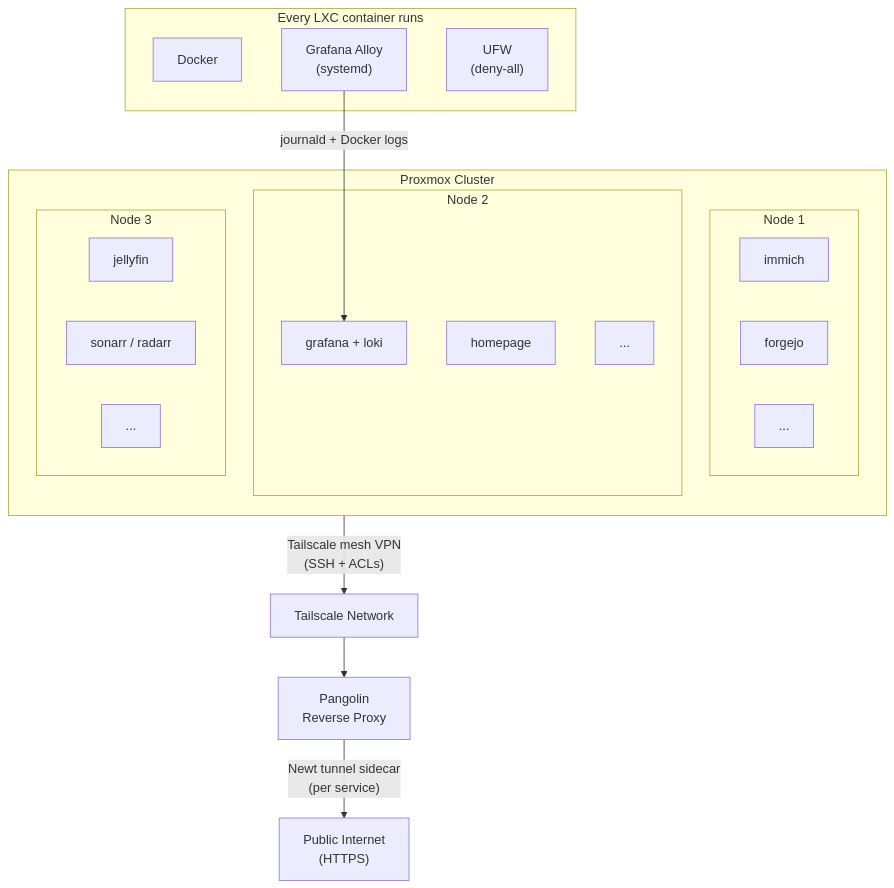
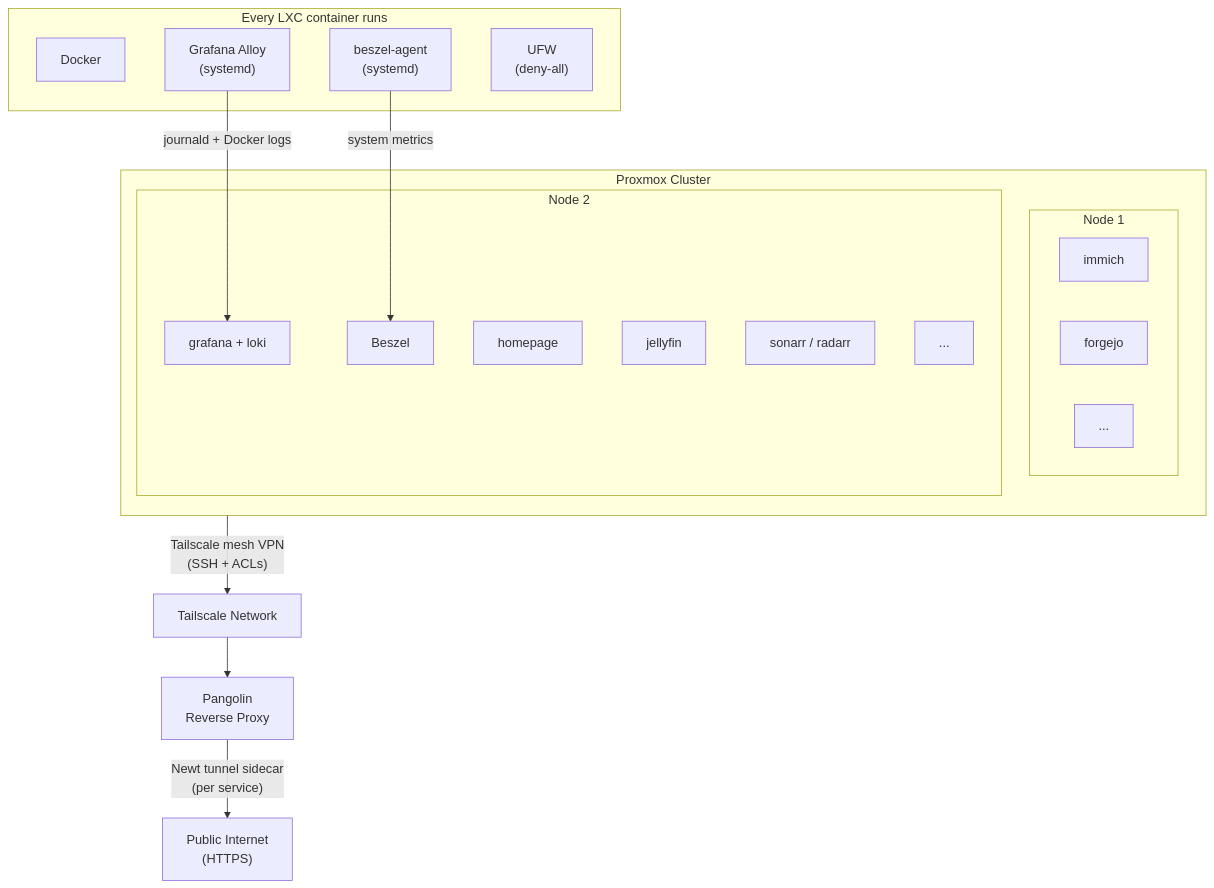
The diagram in README.md (davegallant/homelab), drawn with Mermaid before and after one commit. The commit also changed other lines of this file, not shown here.

Commit message:
docs(readme): add beszel-agent to architecture diagram

````diff
--- a/README.md
+++ b/README.md
@@ -14,32 +14,32 @@
 ```mermaid
 graph TD
     subgraph Proxmox["Proxmox Cluster"]
         subgraph N1["Node 1"]
             immich["immich"]
             forgejo["forgejo"]
             n1etc["..."]
         end
         subgraph N2["Node 2"]
             grafana["grafana + loki"]
+            beszel["beszel"]
             homepage["homepage"]
-            n2etc["..."]
-        end
-        subgraph N3["Node 3"]
             jellyfin["jellyfin"]
             sonarr["sonarr / radarr"]
-            n3etc["..."]
+            n2etc["..."]
         end
     end
 
     Proxmox -->|"Tailscale mesh VPN\n(SSH + ACLs)"| ts["Tailscale Network"]
     ts --> pangolin["Pangolin\nReverse Proxy"]
     pangolin -->|"Newt tunnel sidecar\n(per service)"| internet["Public Internet\n(HTTPS)"]
 
     subgraph PerHost["Every LXC container runs"]
         docker["Docker"]
         alloy["Grafana Alloy\n(systemd)"]
+        beszelagent["beszel-agent\n(systemd)"]
         ufw["UFW\n(deny-all)"]
     end
 
     alloy -->|"journald + Docker logs"| grafana
+    beszelagent -->|"system metrics"| beszel["Beszel"]
 ```
````
